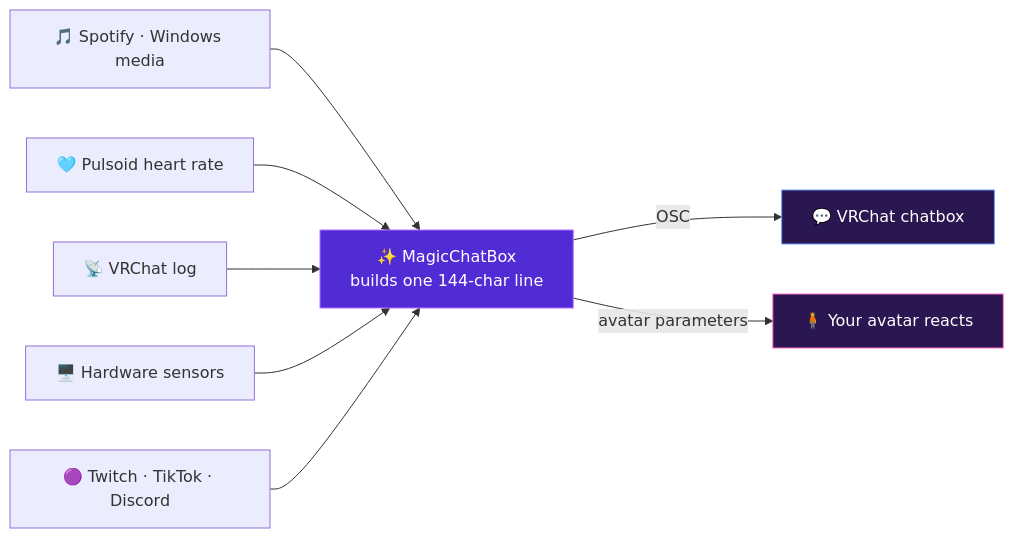
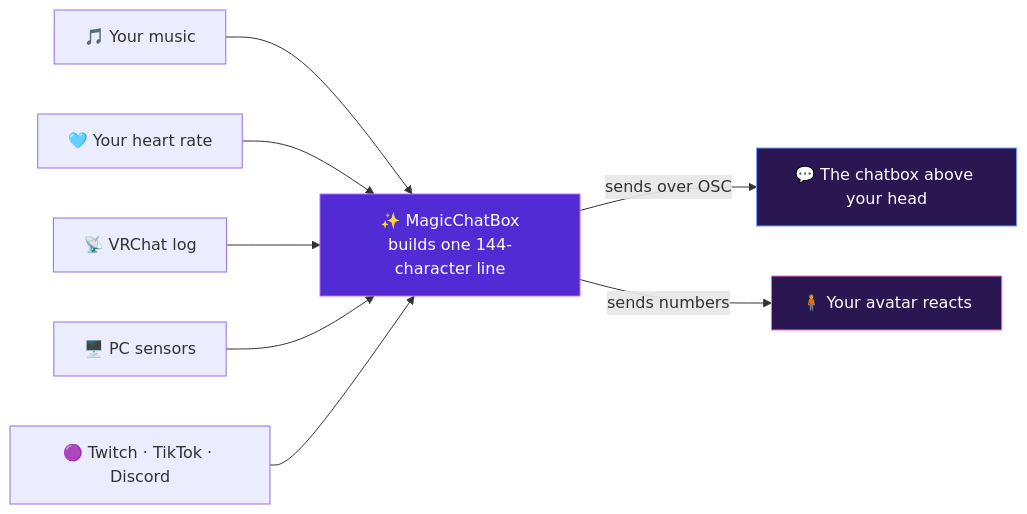
One commit to BoiHanny/vrcosc-magicchatbox changed the diagram in README.md. Above: the diagram before and after it, drawn with Mermaid. The commit also changed other lines of this file, not shown here.

````diff
--- a/README.md
+++ b/README.md
@@ -54,17 +118,17 @@
 ```mermaid
 flowchart LR
-    S["🎵 Spotify · Windows media"] --> M
-    P["🩵 Pulsoid heart rate"] --> M
+    S["🎵 Your music"] --> M
+    P["🩵 Your heart rate"] --> M
     L["📡 VRChat log"] --> M
-    H["🖥️ Hardware sensors"] --> M
+    H["🖥️ PC sensors"] --> M
     T["🟣 Twitch · TikTok · Discord"] --> M
 
-    M["✨ MagicChatBox<br/>builds one 144-char line"]
+    M["✨ MagicChatBox<br/>builds one 144-character line"]
 
-    M -->|OSC| V["💬 VRChat chatbox"]
-    M -->|avatar parameters| A["🧍 Your avatar reacts"]
+    M -->|"sends over OSC"| V["💬 The chatbox above your head"]
+    M -->|"sends numbers"| A["🧍 Your avatar reacts"]
 
     style M fill:#512BD4,stroke:#B96BFF,color:#ffffff
     style V fill:#2A1650,stroke:#6E9BFF,color:#ffffff
     style A fill:#2A1650,stroke:#FF6FC7,color:#ffffff
 ```
````
